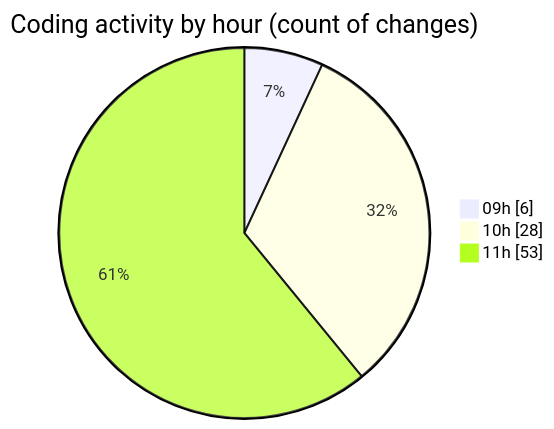
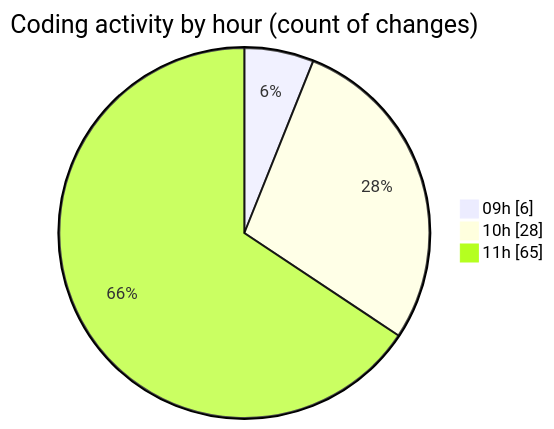
Before and after one commit to momahboobian/code-tracking: the second of 2 diagrams in 2025-03-27/cda/README.md, drawn with Mermaid. The commit also changed other lines of this file and 1 other file, not shown here.

````diff
--- a/2025-03-27/cda/README.md
+++ b/2025-03-27/cda/README.md
@@ -30,7 +30,7 @@
 ```mermaid
 pie showData
 title Coding activity by hour (count of changes)
 "09h" : 6
 "10h" : 28
-"11h" : 53
+"11h" : 65
 ```
````
